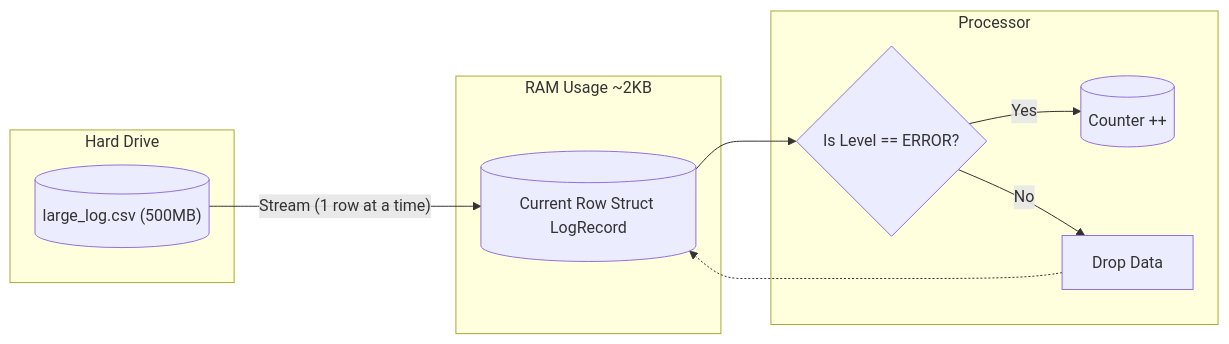
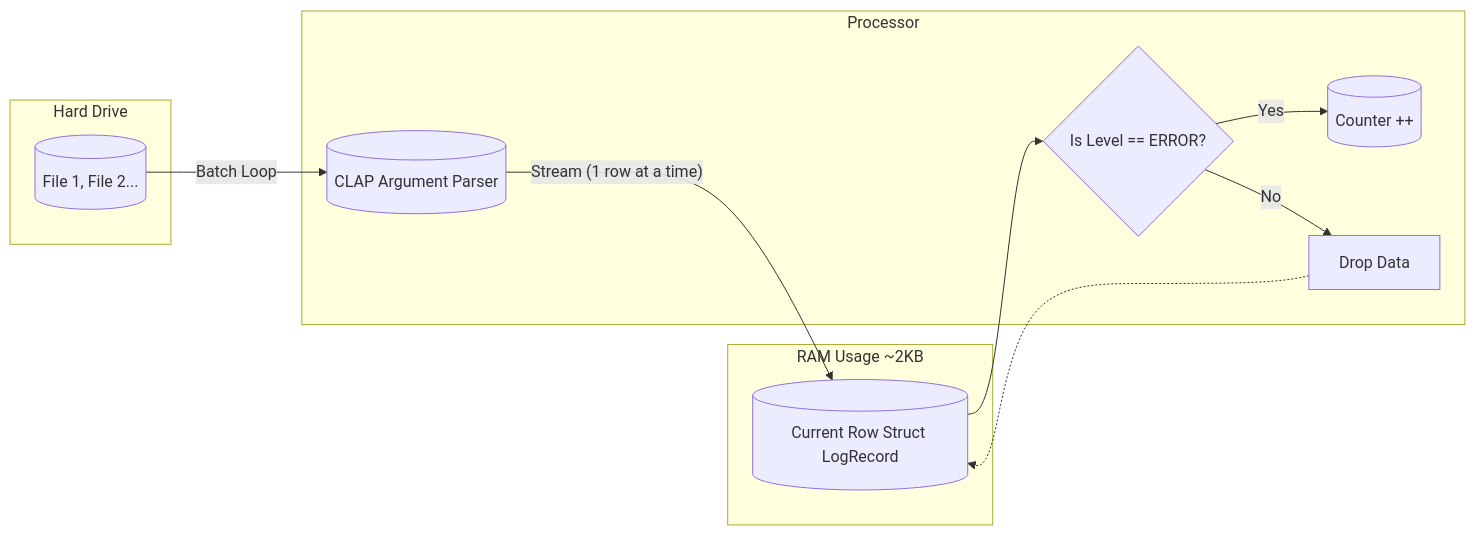
Before and after one commit to VamsiMyla916/rust-log-blaster: the diagram in readme.md, drawn with Mermaid. The commit also changed other lines of this file and 3 other files, not shown here.

````diff
--- a/readme.md
+++ b/readme.md
@@ -16,22 +45,25 @@
 ```mermaid
 flowchart LR
     subgraph Disk [Hard Drive]
-        LogFile[("large_log.csv (500MB)")]
+        LogFiles[("File 1, File 2...")]
     end
 
     subgraph Memory [RAM Usage ~2KB]
         Row[("Current Row Struct LogRecord")]
     end
 
     subgraph CPU [Processor]
+        ArgParse[("CLAP Argument Parser")]
         Logic{"Is Level == ERROR?"}
         Count[("Counter ++")]
         DropNode["Drop Data"]
     end
 
-    LogFile -- Stream (1 row at a time) --> Row
+    LogFiles -- Batch Loop --> ArgParse
+    ArgParse -- Stream (1 row at a time) --> Row
     Row --> Logic
     Logic -- Yes --> Count
     Logic -- No --> DropNode
     DropNode -.-> Row
+
 ```
````
